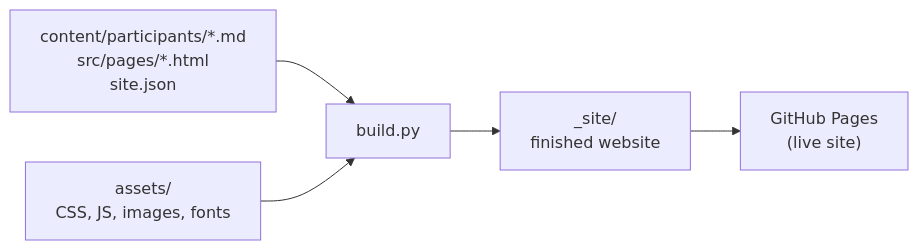
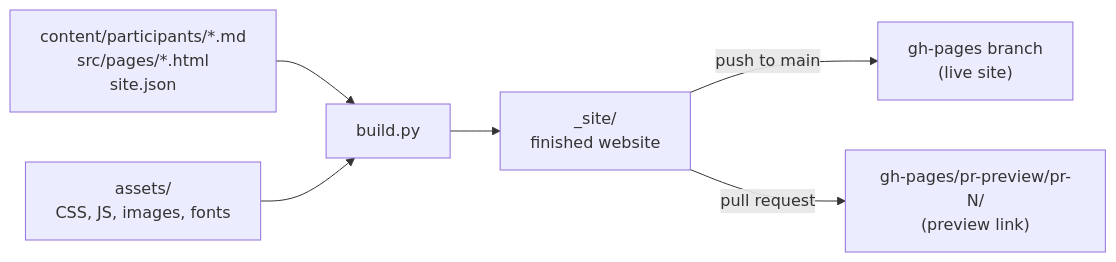
One commit to Theian-Studios/homeless-genealogy-initiative changed the diagram in README.md. Above: the diagram before and after it, drawn with Mermaid. The commit also changed other lines of this file and 6 other files, not shown here.

First line of the commit message:
Publish from gh-pages and add pull request previews

````diff
--- a/README.md
+++ b/README.md
@@ -22,7 +22,8 @@
 ```mermaid
 flowchart LR
     A["content/participants/*.md<br>src/pages/*.html<br>site.json"] --> B["build.py"]
     C["assets/<br>CSS, JS, images, fonts"] --> B
     B --> D["_site/<br>finished website"]
-    D --> E["GitHub Pages<br>(live site)"]
+    D -->|"push to main"| E["gh-pages branch<br>(live site)"]
+    D -->|"pull request"| F["gh-pages/pr-preview/pr-N/<br>(preview link)"]
 ```
````
